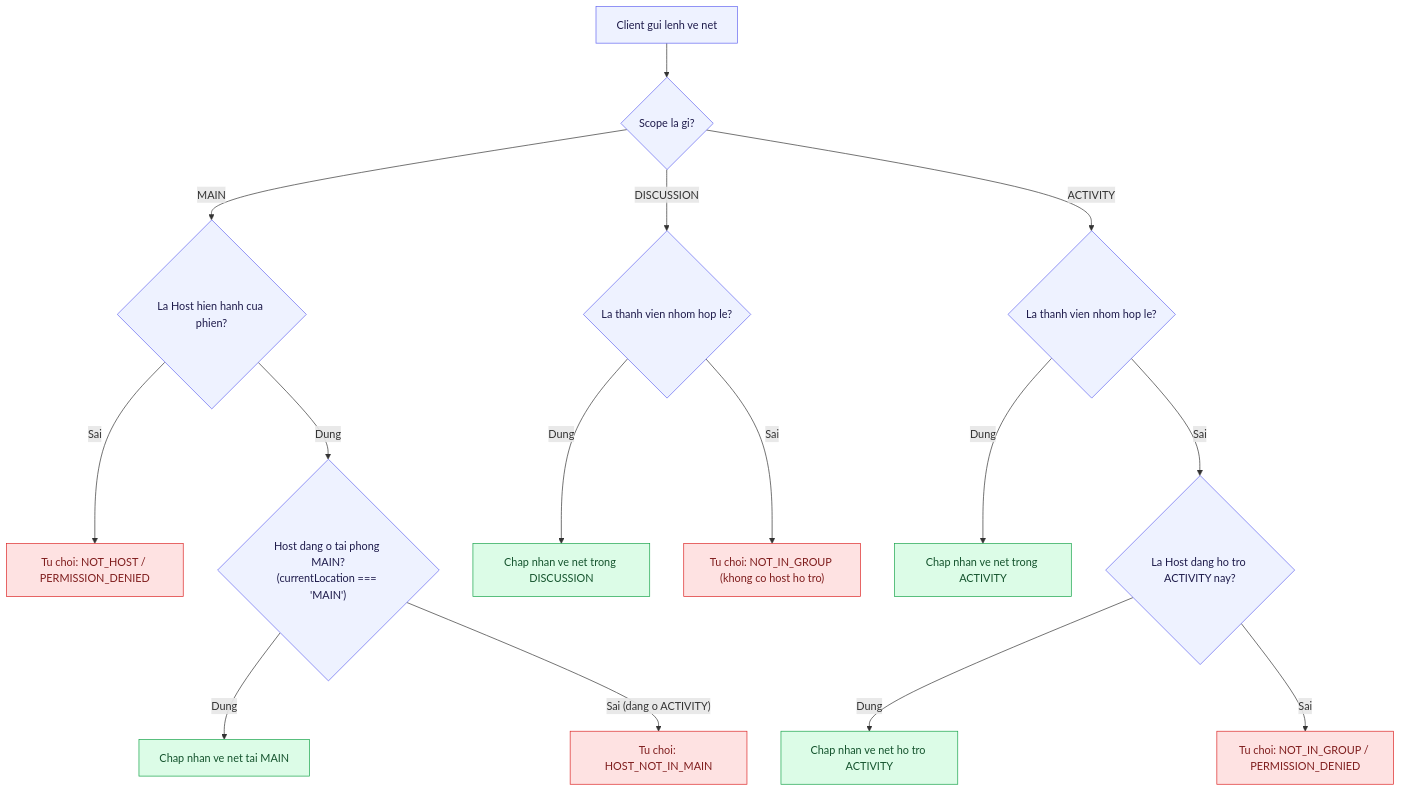
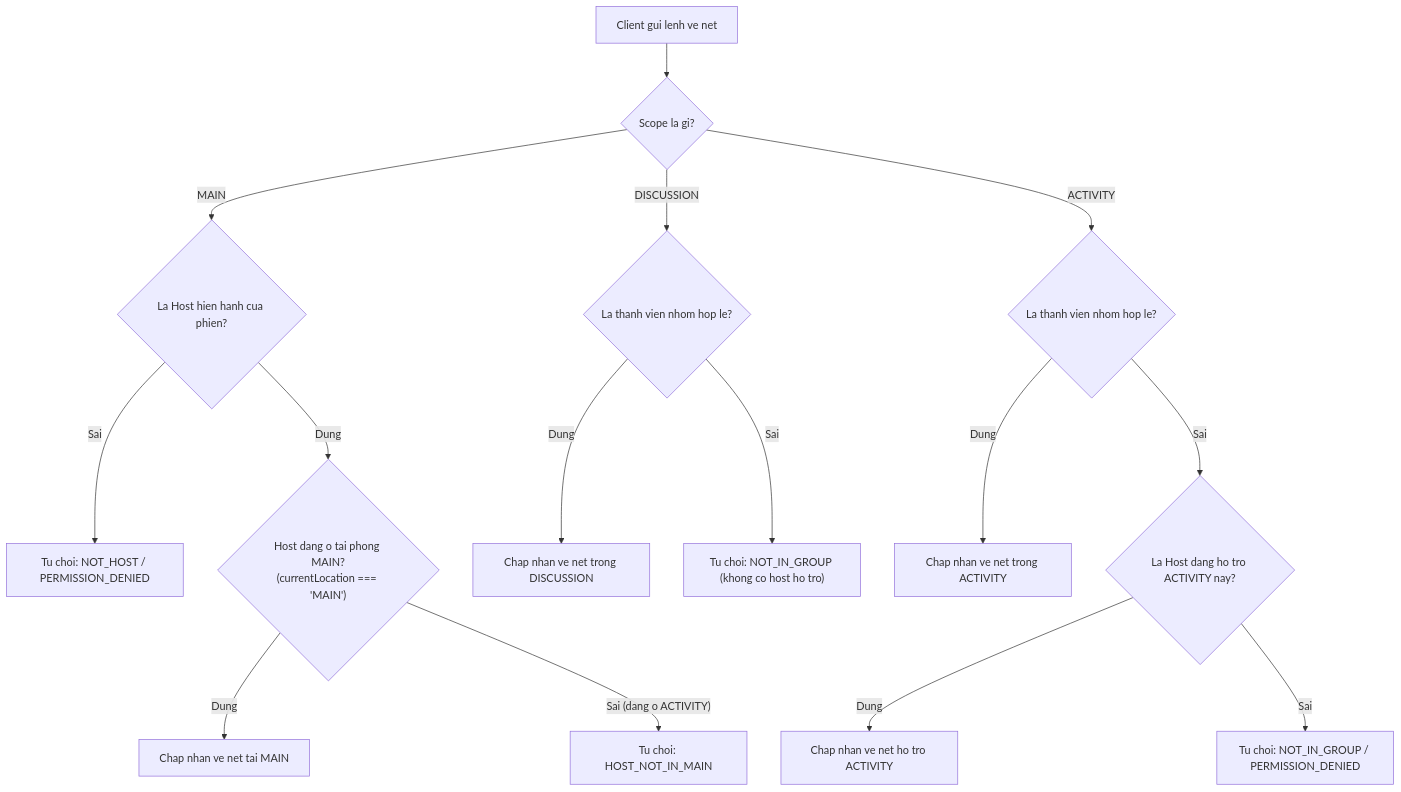
Before and after one commit to Lightning1507/CoLearnia: the ninth of 13 diagrams in docs/proposals/m5-board.md, drawn with Mermaid. The commit also changed other lines of this file, not shown here.

Commit message:
docs(board): align detailed design with mongodb standards and match m1-m4 diagram styling

````diff
--- a/docs/proposals/m5-board.md
+++ b/docs/proposals/m5-board.md
@@ -768,27 +732,19 @@
 ```mermaid
 flowchart TD
   StartDraw["Client gui lenh ve net"] --> QScope{"Scope la gi?"}
   QScope -- "MAIN" --> QMainHost{"La Host hien hanh cua phien?"}
   QMainHost -- "Sai" --> DenyMainHost["Tu choi: NOT_HOST / PERMISSION_DENIED"]
   QMainHost -- "Dung" --> QLoc{"Host dang o tai phong MAIN?<br/>(currentLocation === 'MAIN')"}
   QLoc -- "Dung" --> AllowMain["Chap nhan ve net tai MAIN"]
   QLoc -- "Sai (dang o ACTIVITY)" --> DenyMainLoc["Tu choi: HOST_NOT_IN_MAIN"]
 
   QScope -- "DISCUSSION" --> QDiscMem{"La thanh vien nhom hop le?"}
   QDiscMem -- "Dung" --> AllowDisc["Chap nhan ve net trong DISCUSSION"]
   QDiscMem -- "Sai" --> DenyDisc["Tu choi: NOT_IN_GROUP (khong co host ho tro)"]
 
   QScope -- "ACTIVITY" --> QActMem{"La thanh vien nhom hop le?"}
   QActMem -- "Dung" --> AllowAct["Chap nhan ve net trong ACTIVITY"]
   QActMem -- "Sai" --> QActHelp{"La Host dang ho tro ACTIVITY nay?"}
   QActHelp -- "Dung" --> AllowActHelp["Chap nhan ve net ho tro ACTIVITY"]
   QActHelp -- "Sai" --> DenyAct["Tu choi: NOT_IN_GROUP / PERMISSION_DENIED"]
-
-  classDef allow fill:#DCFCE7,stroke:#16A34A,color:#14532D
-  classDef deny fill:#FEE2E2,stroke:#DC2626,color:#7F1D1D
-  classDef step fill:#EEF2FF,stroke:#6366F1,color:#1E1B4B
-
-  class StartDraw,QScope,QMainHost,QLoc,QDiscMem,QActMem,QActHelp step
-  class AllowMain,AllowDisc,AllowAct,AllowActHelp allow
-  class DenyMainHost,DenyMainLoc,DenyDisc,DenyAct deny
 ```
````
